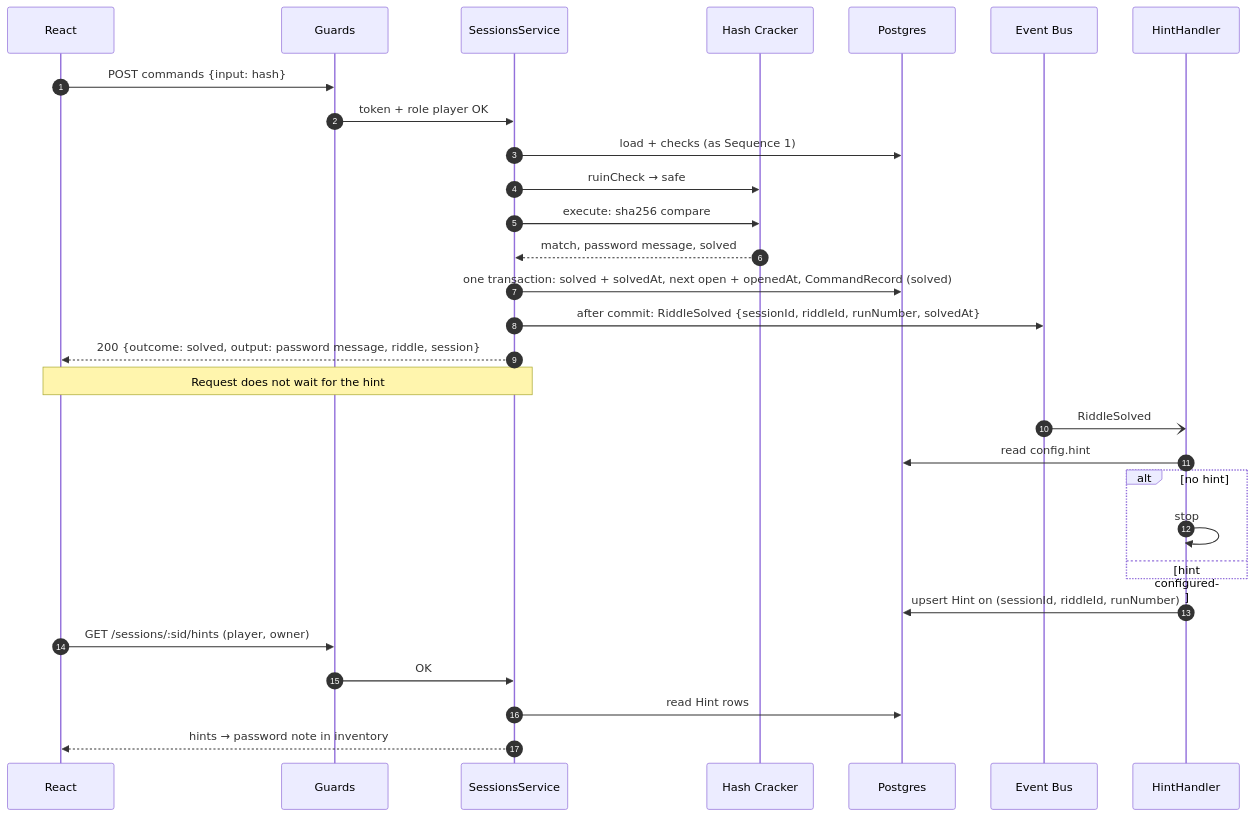
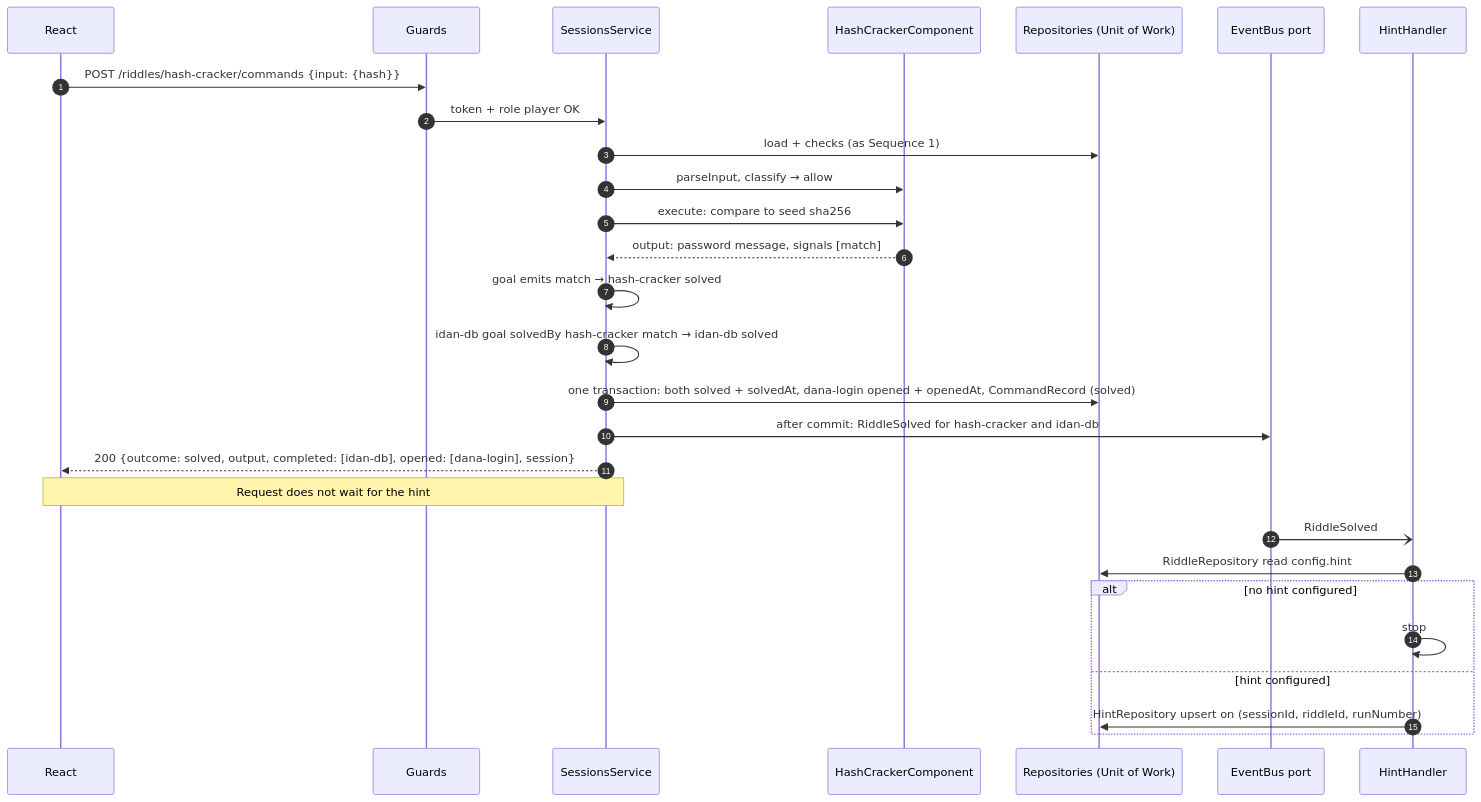
Before and after one commit to edenbuky/escapeRoom: the eighth of 9 diagrams in DESIGN.md, drawn with Mermaid. The commit also changed other lines of this file, not shown here.

First line of the commit message:
Redefine riddles as data over a component factory.

````diff
--- a/DESIGN.md
+++ b/DESIGN.md
@@ -590,33 +728,31 @@
 ```mermaid
 sequenceDiagram
   autonumber
   participant UI as React
   participant Auth as Guards
   participant Svc as SessionsService
-  participant Cr as Hash Cracker
-  participant PG as Postgres
-  participant Bus as Event Bus
+  participant Cr as HashCrackerComponent
+  participant Repo as Repositories (Unit of Work)
+  participant Bus as EventBus port
   participant H as HintHandler
 
-  UI->>Auth: POST commands {input: hash}
+  UI->>Auth: POST /riddles/hash-cracker/commands {input: {hash}}
   Auth->>Svc: token + role player OK
-  Svc->>PG: load + checks (as Sequence 1)
-  Svc->>Cr: ruinCheck → safe
-  Svc->>Cr: execute: sha256 compare
-  Cr-->>Svc: match, password message, solved
-  Svc->>PG: one transaction: solved + solvedAt, next open + openedAt, CommandRecord (solved)
-  Svc->>Bus: after commit: RiddleSolved {sessionId, riddleId, runNumber, solvedAt}
-  Svc-->>UI: 200 {outcome: solved, output: password message, riddle, session}
+  Svc->>Repo: load + checks (as Sequence 1)
+  Svc->>Cr: parseInput, classify → allow
+  Svc->>Cr: execute: compare to seed sha256
+  Cr-->>Svc: output: password message, signals [match]
+  Svc->>Svc: goal emits match → hash-cracker solved
+  Svc->>Svc: idan-db goal solvedBy hash-cracker match → idan-db solved
+  Svc->>Repo: one transaction: both solved + solvedAt, dana-login opened + openedAt, CommandRecord (solved)
+  Svc->>Bus: after commit: RiddleSolved for hash-cracker and idan-db
+  Svc-->>UI: 200 {outcome: solved, output, completed: [idan-db], opened: [dana-login], session}
   Note over UI,Svc: Request does not wait for the hint
   Bus-)H: RiddleSolved
-  H->>PG: read config.hint
-  alt no hint
+  H->>Repo: RiddleRepository read config.hint
+  alt no hint configured
     H->>H: stop
   else hint configured
+    H->>Repo: HintRepository upsert on (sessionId, riddleId, runNumber)
   end
-    H->>PG: upsert Hint on (sessionId, riddleId, runNumber)
-  UI->>Auth: GET /sessions/:sid/hints (player, owner)
-  Auth->>Svc: OK
-  Svc->>PG: read Hint rows
-  Svc-->>UI: hints → password note in inventory
 ```
````
